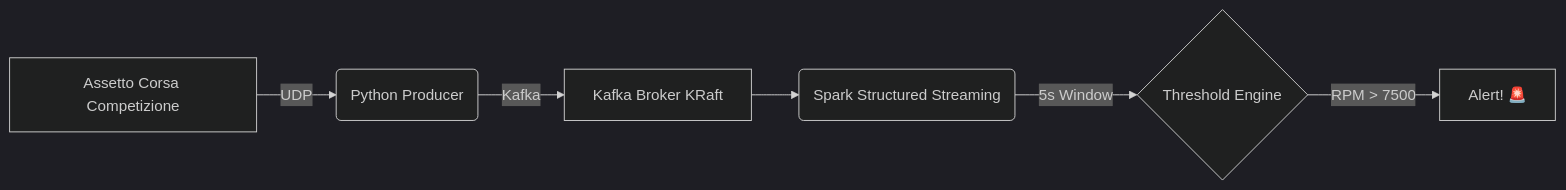
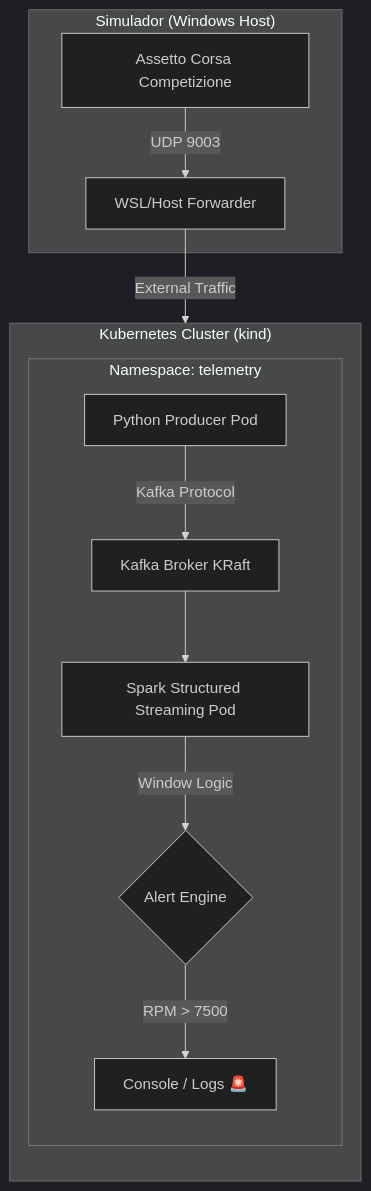
Before and after one commit to atikakernel/telemetry-realtime-alerting: the diagram in README.md, drawn with Mermaid (dark theme). The commit also changed other lines of this file, not shown here.

Commit message:
Docs: Update README with detailed K8s architecture and deployment guide

````diff
--- a/README.md
+++ b/README.md
@@ -9,8 +13,18 @@
 ```mermaid
-graph LR
-    A[Assetto Corsa Competizione] -->|UDP| B(Python Producer)
-    B -->|Kafka| C[Kafka Broker KRaft]
-    C --> D(Spark Structured Streaming)
-    D -->|5s Window| E{Threshold Engine}
-    E -->|RPM > 7500| F[Alert! 🚨]
+graph TD
+    subgraph "Simulador (Windows Host)"
+        ACC[Assetto Corsa Competizione] -->|UDP 9003| WF[WSL/Host Forwarder]
+    end
+
+    subgraph "Kubernetes Cluster (kind)"
+        direction TB
+        subgraph "Namespace: telemetry"
+            P[Python Producer Pod] -->|Kafka Protocol| K[Kafka Broker KRaft]
+            K --> S[Spark Structured Streaming Pod]
+            S -->|Window Logic| A{Alert Engine}
+            A -->|RPM > 7500| L[Console / Logs 🚨]
+        end
+    end
+
+    WF -->|External Traffic| P
 ```
````
